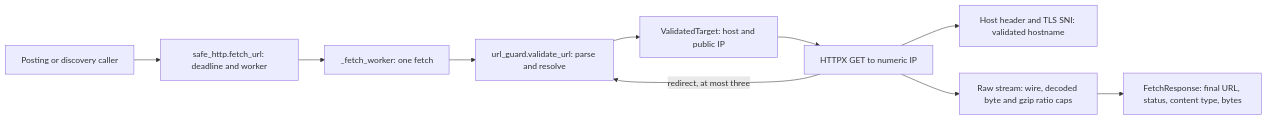
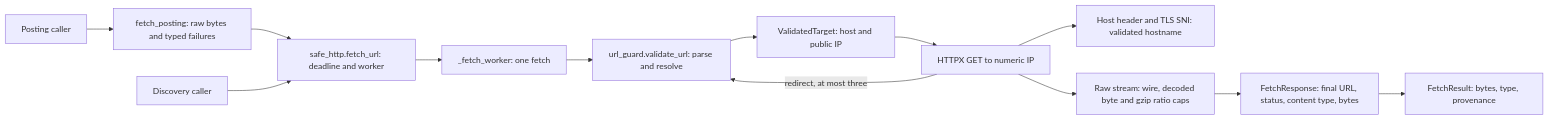
Before and after one commit to jpalicke/cypress-creek-job-board: the diagram in docs/architecture.md, drawn with Mermaid. The commit also changed other lines of this file and 12 other files, not shown here.

Commit message:
F2b: Fetch posting links with typed outcomes

````diff
--- a/docs/architecture.md
+++ b/docs/architecture.md
@@ -5,12 +5,15 @@
 ```mermaid
 flowchart LR
-    caller[Posting or discovery caller] --> parent["safe_http.fetch_url: deadline and worker"]
+    posting[Posting caller] --> fetcher["fetch_posting: raw bytes and typed failures"]
+    fetcher --> parent["safe_http.fetch_url: deadline and worker"]
+    discovery[Discovery caller] --> parent
     parent --> worker["_fetch_worker: one fetch"]
     worker --> guard["url_guard.validate_url: parse and resolve"]
     guard --> target["ValidatedTarget: host and public IP"]
     target --> request["HTTPX GET to numeric IP"]
     request --> identity["Host header and TLS SNI: validated hostname"]
     request --> stream["Raw stream: wire, decoded byte and gzip ratio caps"]
     request -->|redirect, at most three| guard
     stream --> response["FetchResponse: final URL, status, content type, bytes"]
+    response --> result["FetchResult: bytes, type, provenance"]
 ```
````
